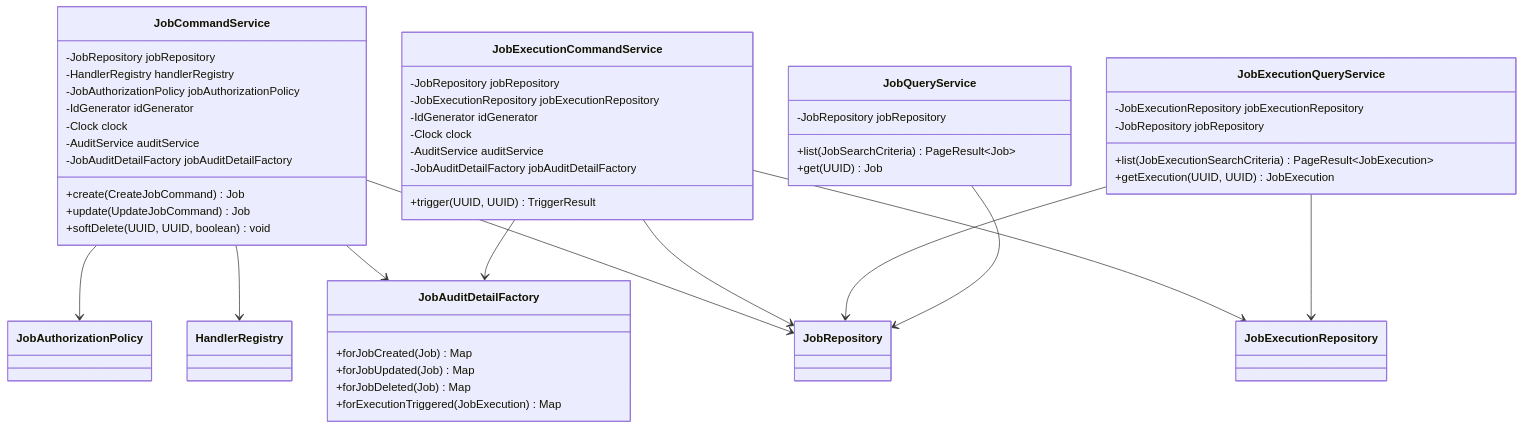
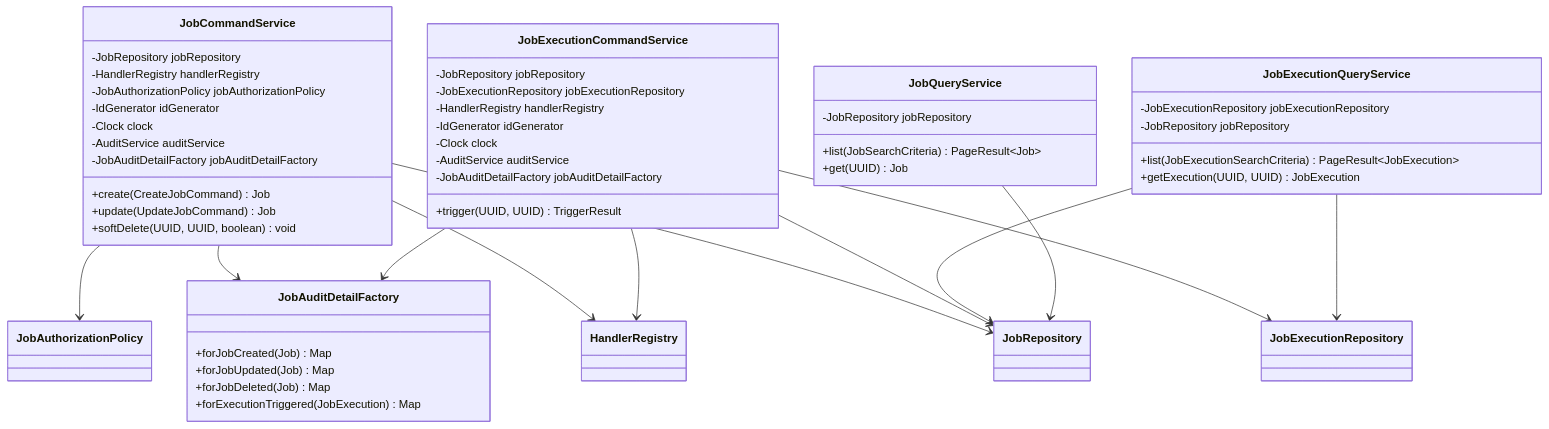
One commit to ryohei-sumii/ForgeHub changed the fifth of 11 diagrams in docs/design/class/f-04-job-management-backend-class.md. Above: the diagram before and after it, drawn with Mermaid. The commit also changed other lines of this file and 1 other file, not shown here.

````diff
--- a/docs/design/class/f-04-job-management-backend-class.md
+++ b/docs/design/class/f-04-job-management-backend-class.md
@@ -830,51 +843,53 @@
 ```mermaid
 classDiagram
     class JobCommandService {
         -JobRepository jobRepository
         -HandlerRegistry handlerRegistry
         -JobAuthorizationPolicy jobAuthorizationPolicy
         -IdGenerator idGenerator
         -Clock clock
         -AuditService auditService
         -JobAuditDetailFactory jobAuditDetailFactory
         +create(CreateJobCommand) Job
         +update(UpdateJobCommand) Job
         +softDelete(UUID, UUID, boolean) void
     }
     class JobQueryService {
         -JobRepository jobRepository
         +list(JobSearchCriteria) PageResult~Job~
         +get(UUID) Job
     }
     class JobExecutionCommandService {
         -JobRepository jobRepository
         -JobExecutionRepository jobExecutionRepository
+        -HandlerRegistry handlerRegistry
         -IdGenerator idGenerator
         -Clock clock
         -AuditService auditService
         -JobAuditDetailFactory jobAuditDetailFactory
         +trigger(UUID, UUID) TriggerResult
     }
     class JobExecutionQueryService {
         -JobExecutionRepository jobExecutionRepository
         -JobRepository jobRepository
         +list(JobExecutionSearchCriteria) PageResult~JobExecution~
         +getExecution(UUID, UUID) JobExecution
     }
     class JobAuditDetailFactory {
         +forJobCreated(Job) Map
         +forJobUpdated(Job) Map
         +forJobDeleted(Job) Map
         +forExecutionTriggered(JobExecution) Map
     }
     JobCommandService --> JobRepository
     JobCommandService --> HandlerRegistry
     JobCommandService --> JobAuthorizationPolicy
     JobCommandService --> JobAuditDetailFactory
     JobExecutionCommandService --> JobRepository
     JobExecutionCommandService --> JobExecutionRepository
+    JobExecutionCommandService --> HandlerRegistry
     JobExecutionCommandService --> JobAuditDetailFactory
     JobExecutionQueryService --> JobExecutionRepository
     JobExecutionQueryService --> JobRepository
     JobQueryService --> JobRepository
 ```
````
